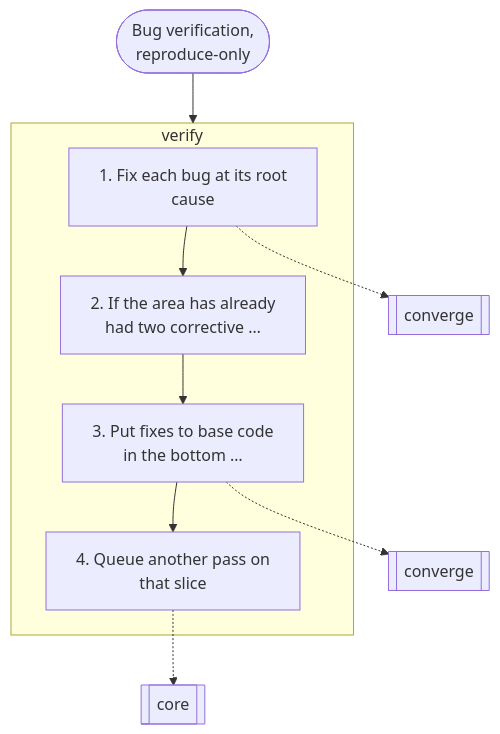
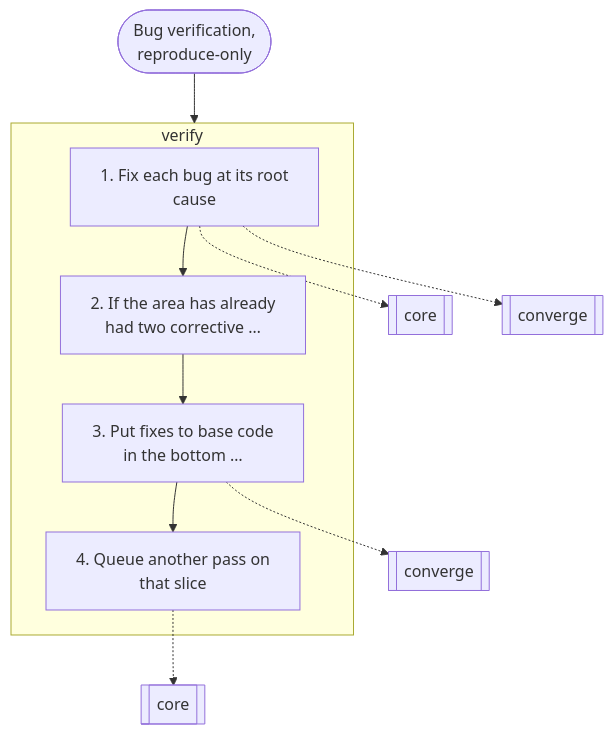
The tenth of 16 diagrams in docs/graphs.md (nitedani/mergeworthy), drawn with Mermaid before and after one commit. The commit also changed other lines of this file and 18 other files, not shown here.

````diff
--- a/docs/graphs.md
+++ b/docs/graphs.md
@@ -290,17 +291,18 @@
 ```mermaid
 flowchart TB
   start(["Bug verification,<br/>reproduce-only"])
   subgraph g0["verify"]
     s0["1. Fix each bug at its root<br/>cause"]
     s1["2. If the area has already<br/>had two corrective …"]
     s0 --> s1
     s2["3. Put fixes to base code<br/>in the bottom …"]
     s1 --> s2
     s3["4. Queue another pass on<br/>that slice"]
     s2 --> s3
   end
-  s0 -.-> r1[["converge"]]
-  s2 -.-> r2[["converge"]]
-  s3 -.-> r3[["core"]]
+  s0 -.-> r1[["core"]]
+  s0 -.-> r2[["converge"]]
+  s2 -.-> r3[["converge"]]
+  s3 -.-> r4[["core"]]
   start --> g0
 ```
````
